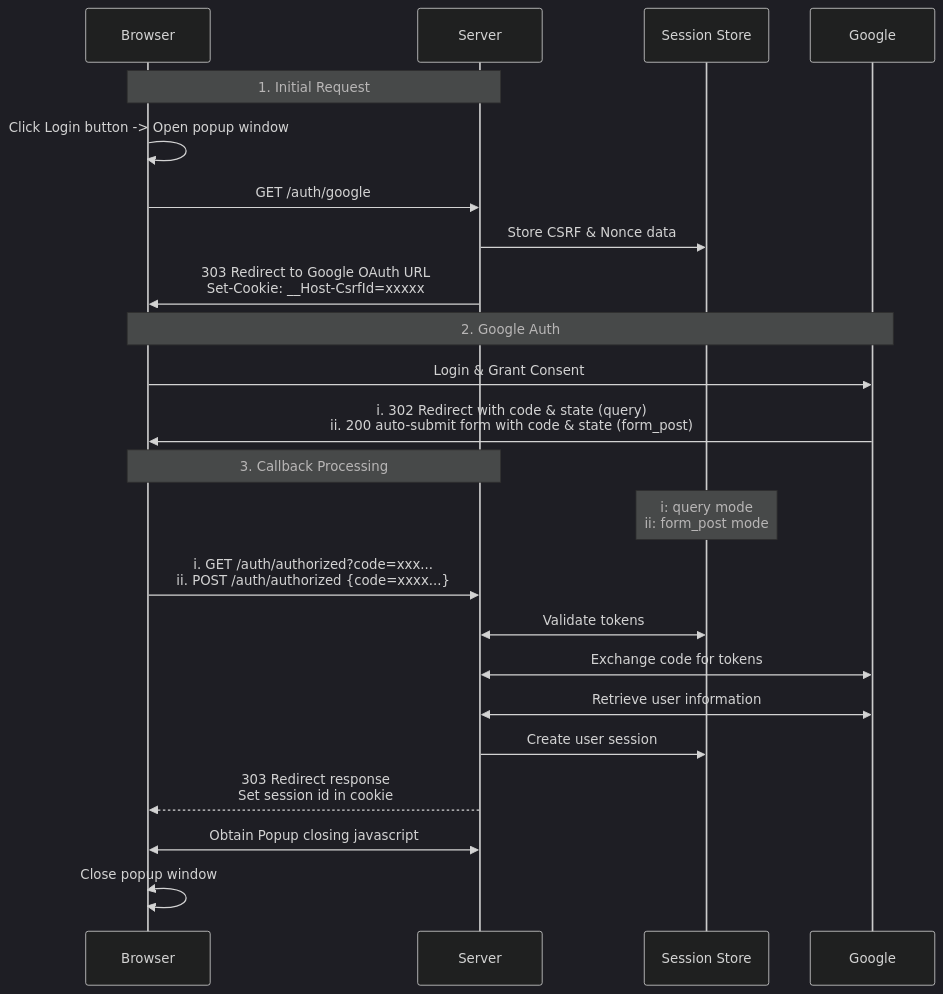
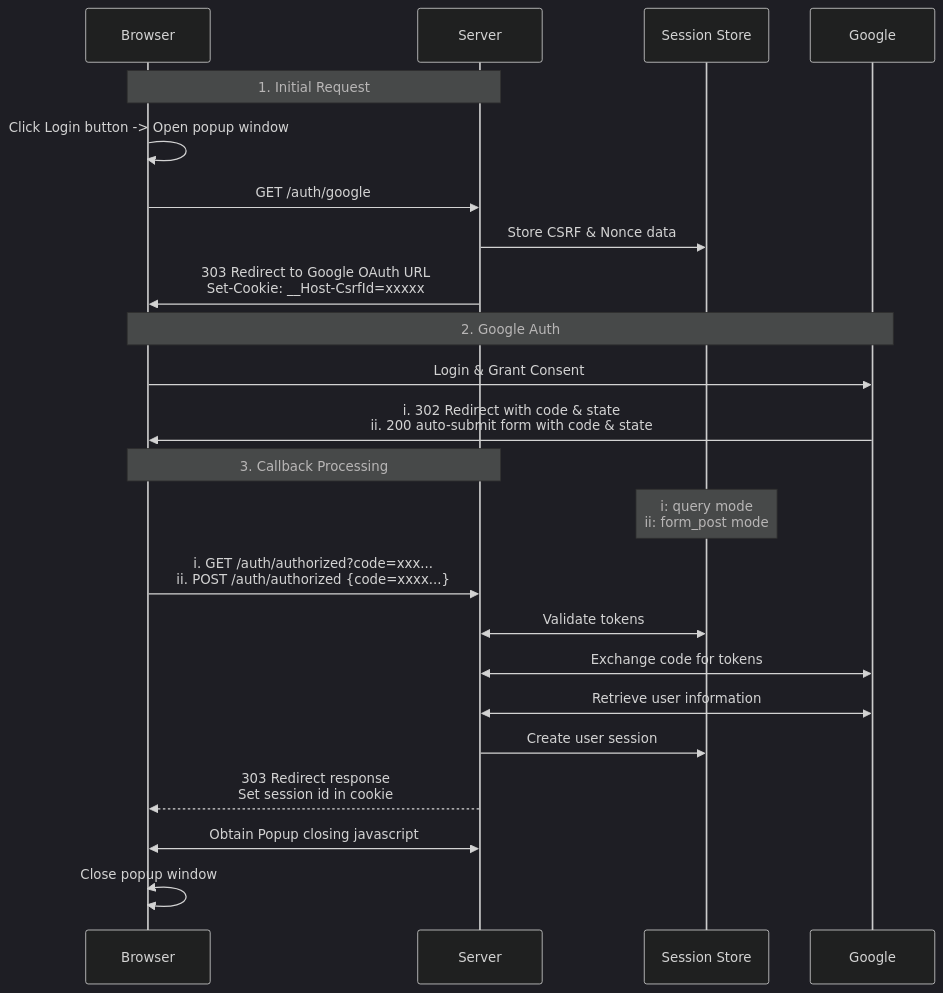
The second of 3 diagrams in 2024/Axum-Google-OAuth2-Login/Readme.en.md (ktaka-ccmp/ktaka.blog.ccmp.jp), drawn with Mermaid (dark theme) before and after one commit. The commit also changed other lines of this file, not shown here.

````diff
--- a/2024/Axum-Google-OAuth2-Login/Readme.en.md
+++ b/2024/Axum-Google-OAuth2-Login/Readme.en.md
@@ -92,28 +99,28 @@
 ```mermaid
 sequenceDiagram
     participant Browser
     participant Server
     participant Session Store
     participant Google
 
     Note over Browser,Server: 1. Initial Request
     Browser->>Browser: Click Login button -> Open popup window
     Browser->>Server: GET /auth/google
     Server->>Session Store: Store CSRF & Nonce data
     Server->>Browser: 303 Redirect to Google OAuth URL<br/>Set-Cookie: __Host-CsrfId=xxxxx
 
     Note over Browser,Google: 2. Google Auth
     Browser->>Google: Login & Grant Consent
-    Google->>Browser: i. 302 Redirect with code & state (query)<br/> ii. 200 auto-submit form with code & state (form_post)
+    Google->>Browser: i. 302 Redirect with code & state <br/> ii. 200 auto-submit form with code & state
 
     Note over Browser,Server: 3. Callback Processing
     Note over Session Store: i: query mode<br/>ii: form_post mode
     Browser->>Server: i. GET /auth/authorized?code=xxx...<br/>ii. POST /auth/authorized {code=xxxx...}
     Server<<->>Session Store: Validate tokens
     Server<<->>Google: Exchange code for tokens
     Server<<->>Google: Retrieve user information
     Server->>Session Store: Create user session
     Server-->>Browser: 303 Redirect response<br/>Set session id in cookie
     Server<<->>Browser: Obtain Popup closing javascript
     Browser<<->>Browser: Close popup window
 ```
````
